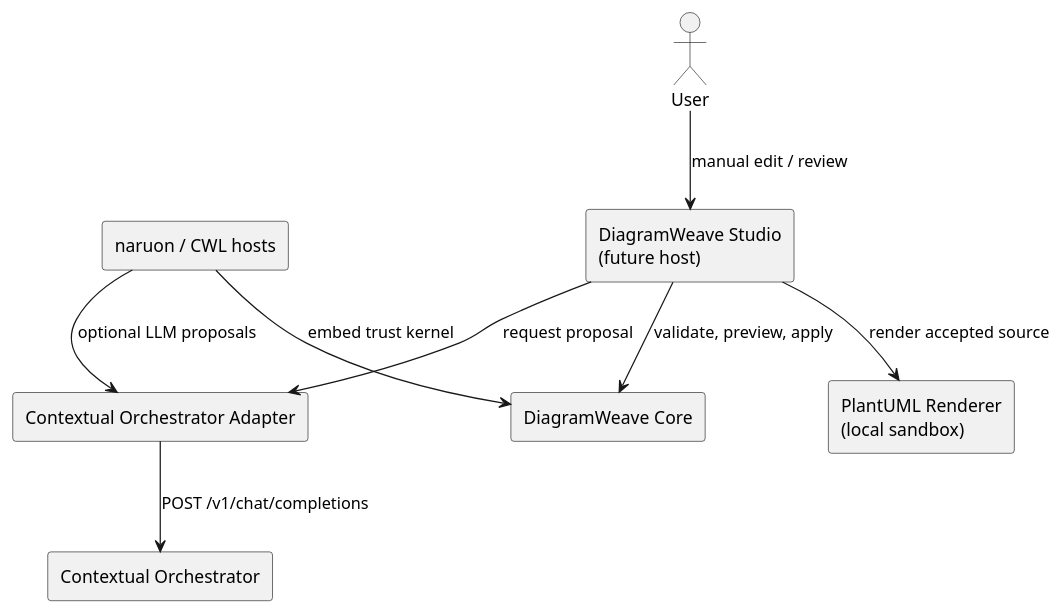
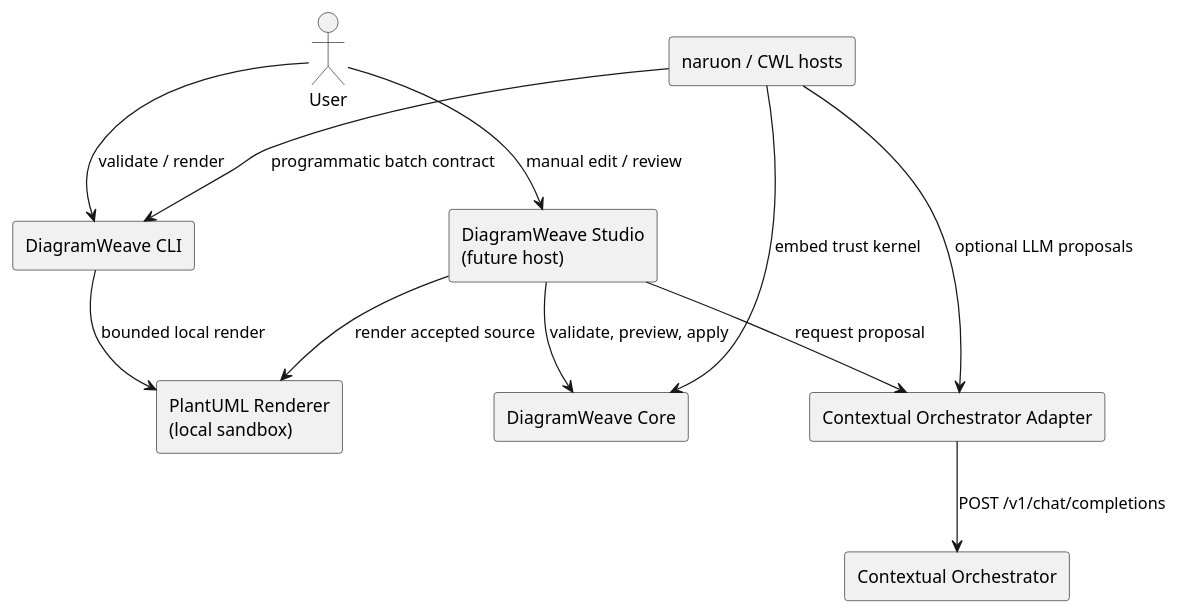
Before and after one commit to ContextualWisdomLab/DiagramWeave: the diagram in docs/architecture.md, drawn with PlantUML. The commit also changed other lines of this file and 34 other files, not shown here.

Commit message:
feat(cli): add deterministic validate and render commands

````diff
--- a/docs/architecture.md
+++ b/docs/architecture.md
@@ -19,20 +19,24 @@
 ```plantuml
 @startuml
 skinparam componentStyle rectangle
 actor User
 component "DiagramWeave Studio\n(future host)" as Studio
 component "DiagramWeave Core" as Core
 component "Contextual Orchestrator Adapter" as Adapter
 component "Contextual Orchestrator" as Orchestrator
 component "PlantUML Renderer\n(local sandbox)" as Renderer
+component "DiagramWeave CLI" as CLI
 component "naruon / CWL hosts" as Hosts
 
 User --> Studio : manual edit / review
+User --> CLI : validate / render
 Studio --> Core : validate, preview, apply
 Studio --> Adapter : request proposal
 Adapter --> Orchestrator : POST /v1/chat/completions
 Studio --> Renderer : render accepted source
+CLI --> Renderer : bounded local render
 Hosts --> Core : embed trust kernel
 Hosts --> Adapter : optional LLM proposals
+Hosts --> CLI : programmatic batch contract
 @enduml
 ```
````
